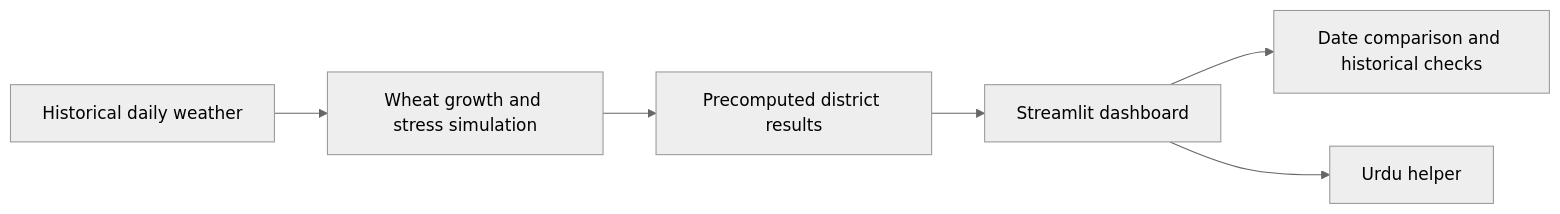
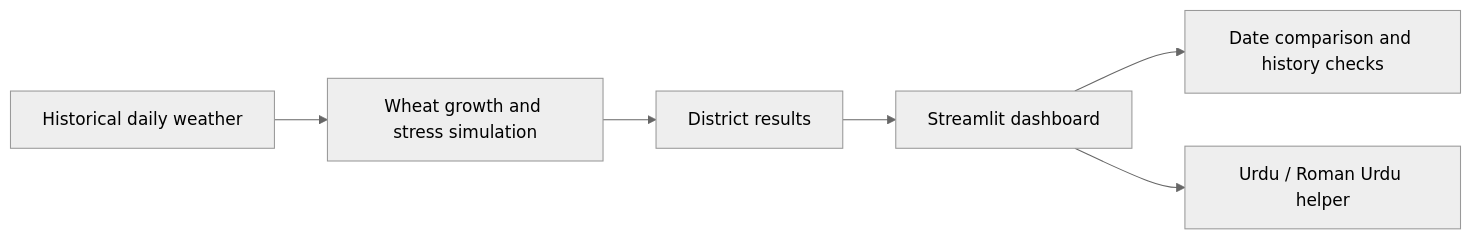
The diagram in README.md (MA7865/SowSmart), drawn with Mermaid (neutral theme) before and after one commit. The commit also changed other lines of this file, not shown here.

````diff
--- a/README.md
+++ b/README.md
@@ -30,8 +31,8 @@
 ```mermaid
 flowchart LR
     A[Historical daily weather] --> B[Wheat growth and stress simulation]
-    B --> C[Precomputed district results]
+    B --> C[District results]
     C --> D[Streamlit dashboard]
-    D --> E[Date comparison and historical checks]
-    D --> F[Urdu helper]
+    D --> E[Date comparison and history checks]
+    D --> F[Urdu / Roman Urdu helper]
 ```
````
